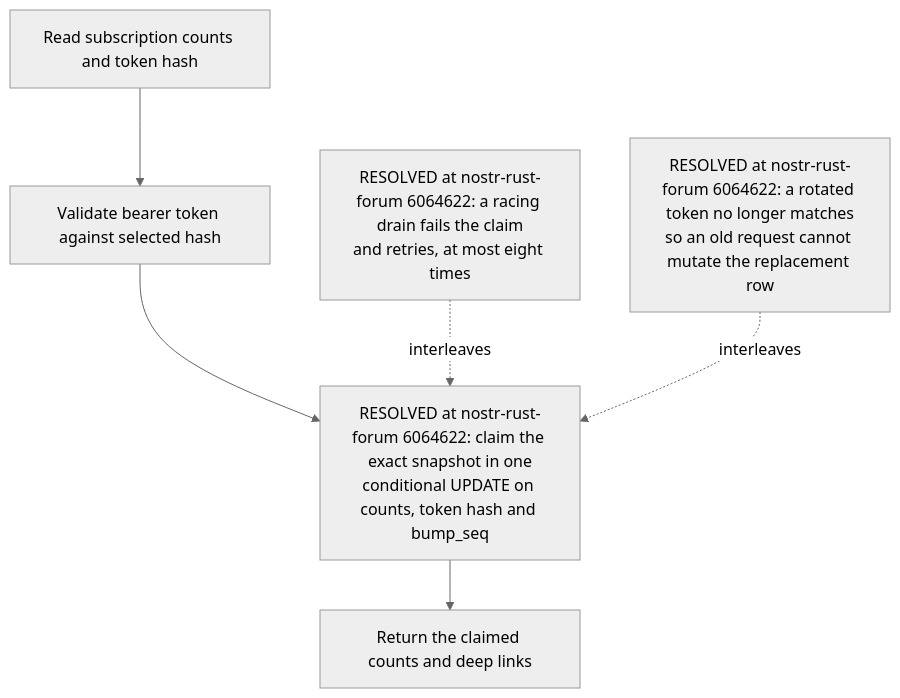
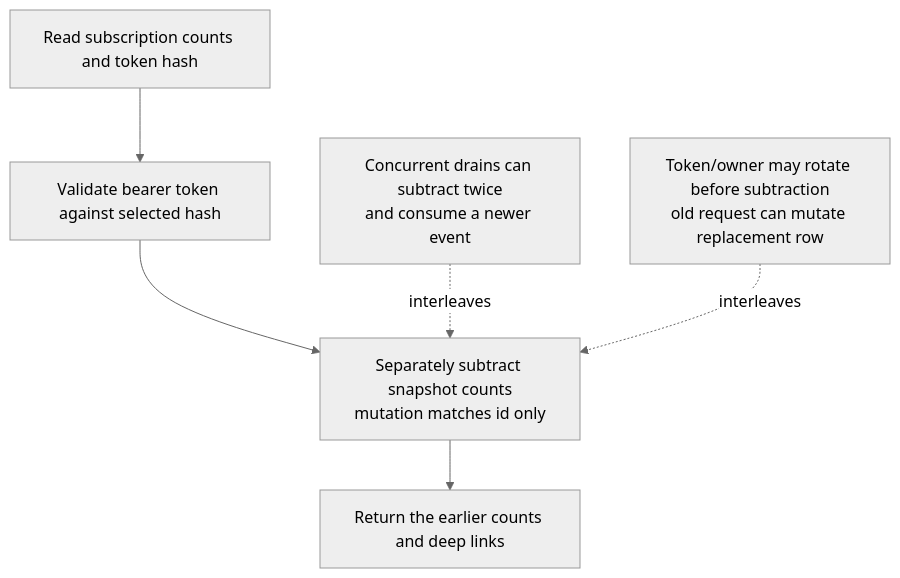
One commit to DreamLab-AI/VisionFlow changed the fourth of 9 diagrams in docs/diagrams/nostr-rust-forum/18-web-push-delivery-and-account-boundaries.md. Above: the diagram before and after it, drawn with Mermaid (neutral theme). The commit also changed other lines of this file and 18 other files, not shown here.

First line of the commit message:
docs(diagrams): successor-only repair convention and aliases in the gate; external-triage corpus fixes and register rows

````diff
--- a/docs/diagrams/nostr-rust-forum/18-web-push-delivery-and-account-boundaries.md
+++ b/docs/diagrams/nostr-rust-forum/18-web-push-delivery-and-account-boundaries.md
@@ -97,18 +100,18 @@
 ```mermaid
 flowchart TB
-    %% Source: ../nostr-rust-forum/crates/nostr-bbs-relay-worker/src/push.rs:1328
+    %% Source: ../nostr-rust-forum/crates/nostr-bbs-relay-worker/src/push.rs:1300
     A["Read subscription counts and token hash"]
-    %% Source: ../nostr-rust-forum/crates/nostr-bbs-relay-worker/src/push.rs:1335
+    %% Source: ../nostr-rust-forum/crates/nostr-bbs-relay-worker/src/push.rs:1307
     B["Validate bearer token against selected hash"]
-    %% Source: ../nostr-rust-forum/crates/nostr-bbs-relay-worker/src/push.rs:1340
-    C["RESOLVED at nostr-rust-forum 6064622: claim the exact snapshot in one<br/>conditional UPDATE on counts, token hash and bump_seq"]
-    %% Source: ../nostr-rust-forum/crates/nostr-bbs-relay-worker/src/push.rs:1361
-    D["Return the claimed counts and deep links"]
-    %% Source: ../nostr-rust-forum/crates/nostr-bbs-relay-worker/src/push.rs:1326
-    E["RESOLVED at nostr-rust-forum 6064622: a racing drain fails the claim<br/>and retries, at most eight times"]
-    %% Source: ../nostr-rust-forum/crates/nostr-bbs-relay-worker/src/push.rs:200
-    F["RESOLVED at nostr-rust-forum 6064622: a rotated token no longer matches<br/>so an old request cannot mutate the replacement row"]
+    %% Source: ../nostr-rust-forum/crates/nostr-bbs-relay-worker/src/push.rs:161
+    C["Separately subtract snapshot counts<br/>mutation matches id only"]
+    %% Source: ../nostr-rust-forum/crates/nostr-bbs-relay-worker/src/push.rs:1325
+    D["Return the earlier counts and deep links"]
+    %% Source: ../nostr-rust-forum/crates/nostr-bbs-relay-worker/src/push.rs:158
+    E["Concurrent drains can subtract twice<br/>and consume a newer event"]
+    %% Source: ../nostr-rust-forum/crates/nostr-bbs-relay-worker/src/push.rs:138
+    F["Token/owner may rotate before subtraction<br/>old request can mutate replacement row"]
     A --> B --> C --> D
     E -. interleaves .-> C
     F -. interleaves .-> C
 ```
````
